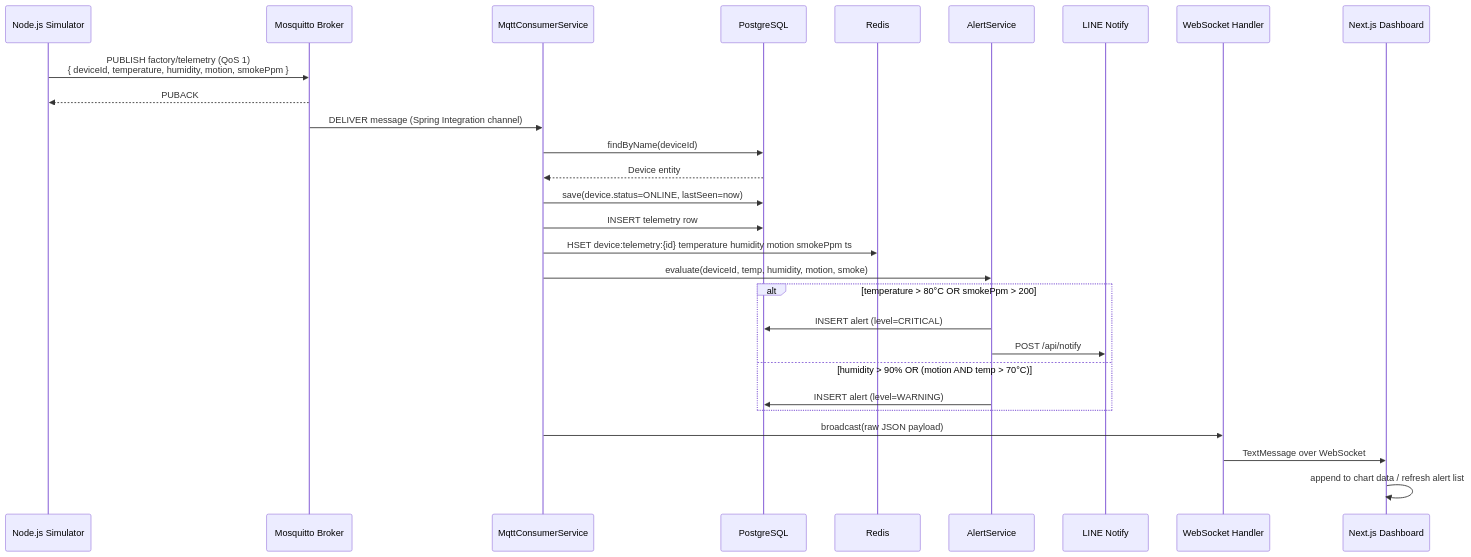
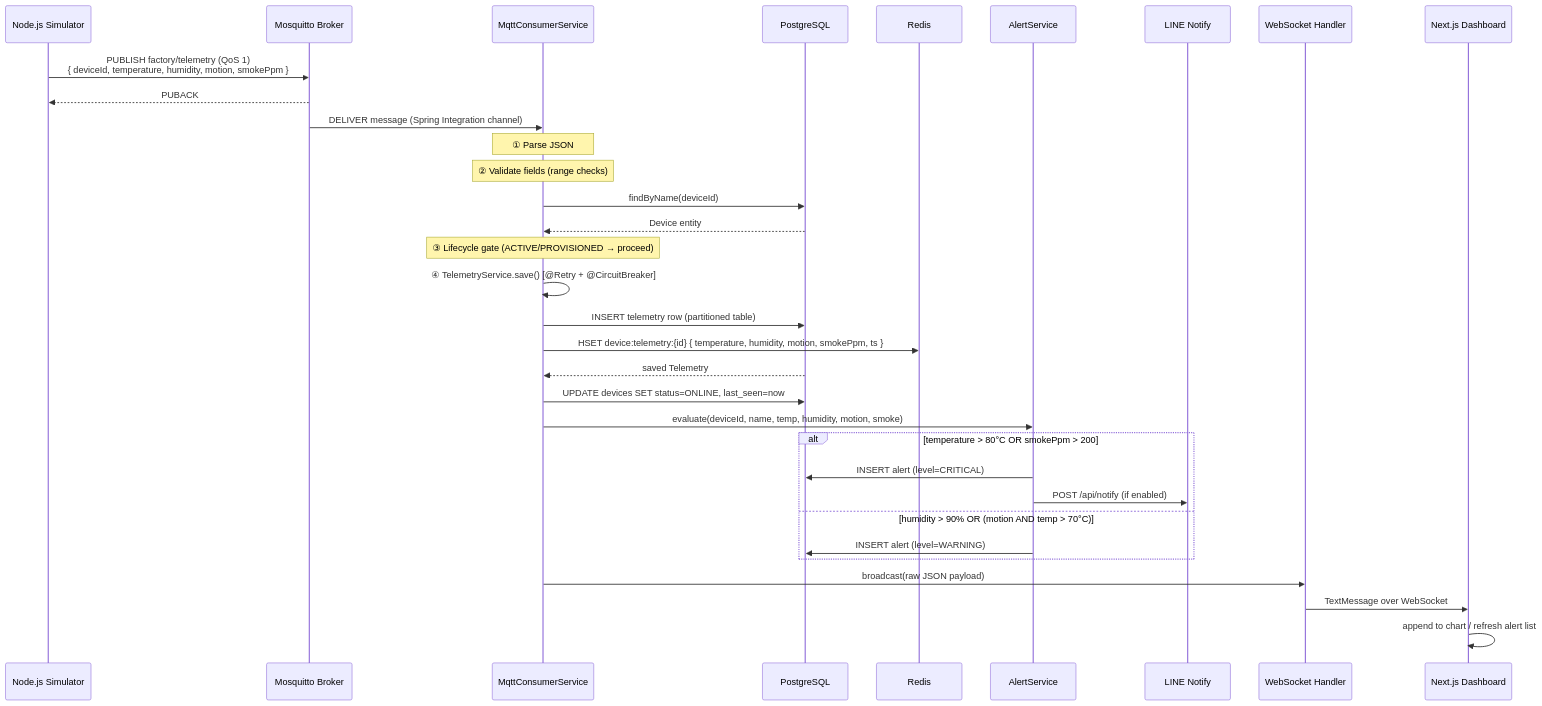
Before and after one commit to thitipongroo/sentinel-iot-platform: the first of 9 diagrams in docs/sequence-diagrams.md, drawn with Mermaid. The commit also changed other lines of this file and 4 other files, not shown here.

````diff
--- a/docs/sequence-diagrams.md
+++ b/docs/sequence-diagrams.md
@@ -11,36 +11,41 @@
 ```mermaid
 sequenceDiagram
     participant SIM as Node.js Simulator
     participant MQ as Mosquitto Broker
     participant MQTT as MqttConsumerService
     participant DB as PostgreSQL
     participant REDIS as Redis
     participant ALERT as AlertService
     participant LINE as LINE Notify
     participant WS as WebSocket Handler
     participant UI as Next.js Dashboard
 
     SIM->>MQ: PUBLISH factory/telemetry (QoS 1)<br/>{ deviceId, temperature, humidity, motion, smokePpm }
     MQ-->>SIM: PUBACK
     MQ->>MQTT: DELIVER message (Spring Integration channel)
 
+    Note over MQTT: ① Parse JSON
+    Note over MQTT: ② Validate fields (range checks)
     MQTT->>DB: findByName(deviceId)
     DB-->>MQTT: Device entity
+    Note over MQTT: ③ Lifecycle gate (ACTIVE/PROVISIONED → proceed)
 
-    MQTT->>DB: save(device.status=ONLINE, lastSeen=now)
-    MQTT->>DB: INSERT telemetry row
-    MQTT->>REDIS: HSET device:telemetry:{id} temperature humidity motion smokePpm ts
+    MQTT->>MQTT: ④ TelemetryService.save() [@Retry + @CircuitBreaker]
+    MQTT->>DB: INSERT telemetry row (partitioned table)
+    MQTT->>REDIS: HSET device:telemetry:{id} { temperature, humidity, motion, smokePpm, ts }
+    DB-->>MQTT: saved Telemetry
+    MQTT->>DB: UPDATE devices SET status=ONLINE, last_seen=now
 
-    MQTT->>ALERT: evaluate(deviceId, temp, humidity, motion, smoke)
+    MQTT->>ALERT: evaluate(deviceId, name, temp, humidity, motion, smoke)
 
     alt temperature > 80°C OR smokePpm > 200
         ALERT->>DB: INSERT alert (level=CRITICAL)
-        ALERT->>LINE: POST /api/notify
+        ALERT->>LINE: POST /api/notify (if enabled)
     else humidity > 90% OR (motion AND temp > 70°C)
         ALERT->>DB: INSERT alert (level=WARNING)
     end
 
     MQTT->>WS: broadcast(raw JSON payload)
     WS->>UI: TextMessage over WebSocket
-    UI->>UI: append to chart data / refresh alert list
+    UI->>UI: append to chart / refresh alert list
 ```
````
